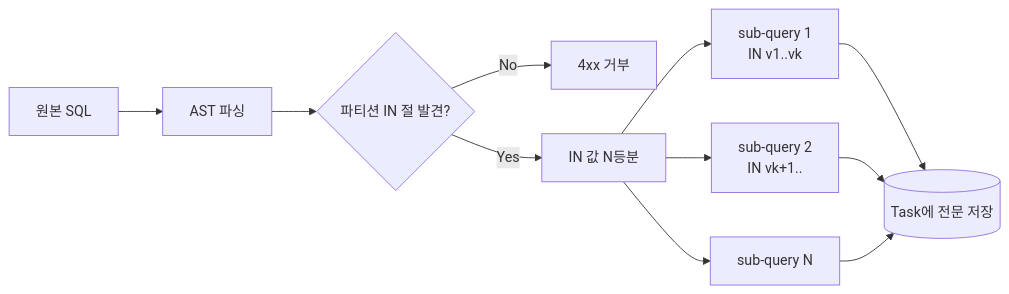
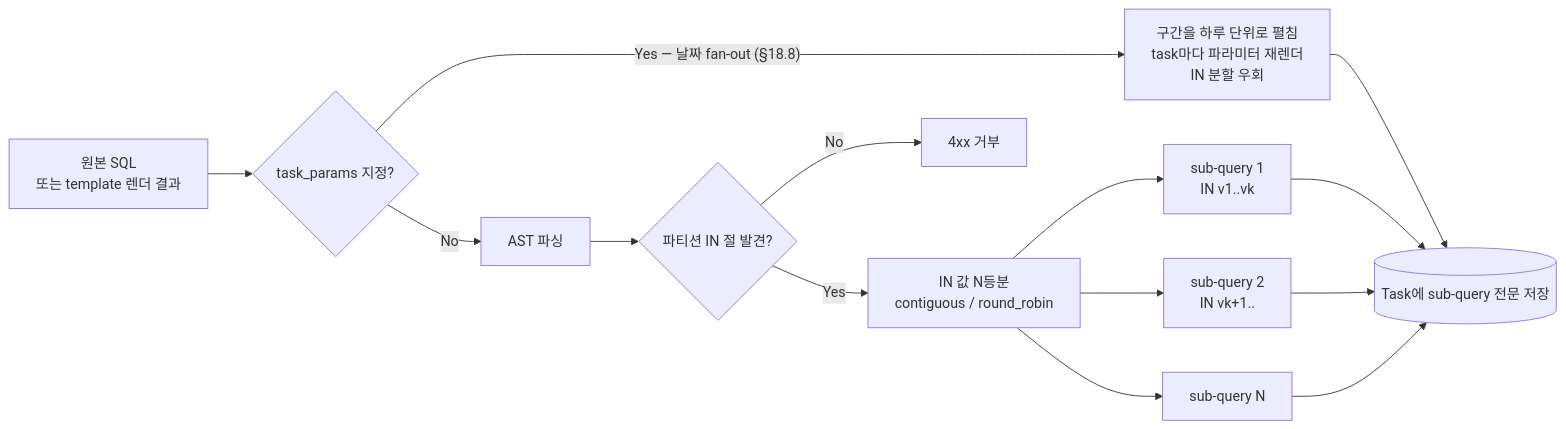
Before and after one commit to DataDynamics/distributed-query-executor: the diagram in docs/images/design-07.mmd, drawn with Mermaid. The commit also changed 5 other files, not shown here.

First line of the commit message:
문서 그림: DESIGN 나머지 다이어그램을 코드와 재대조해 3개 갱신

```diff
--- a/docs/images/design-07.mmd
+++ b/docs/images/design-07.mmd
@@ -1,8 +1,11 @@
 flowchart LR
-    Q[원본 SQL] --> P[AST 파싱] --> F{파티션 IN 절 발견?}
+    Q[원본 SQL<br/>또는 template 렌더 결과] --> M{task_params 지정?}
+    M -- "Yes — 날짜 fan-out (§18.8)" --> FO[구간을 하루 단위로 펼침<br/>task마다 파라미터 재렌더<br/>IN 분할 우회]
+    FO --> ST
+    M -- No --> P[AST 파싱] --> F{파티션 IN 절 발견?}
     F -- No --> R[4xx 거부]
-    F -- Yes --> S[IN 값 N등분]
+    F -- Yes --> S[IN 값 N등분<br/>contiguous / round_robin]
     S --> G1[sub-query 1<br/>IN v1..vk]
     S --> G2[sub-query 2<br/>IN vk+1..]
     S --> G3[sub-query N]
-    G1 & G2 & G3 --> ST[(Task에 전문 저장)]
+    G1 & G2 & G3 --> ST[(Task에 sub-query 전문 저장)]
```
